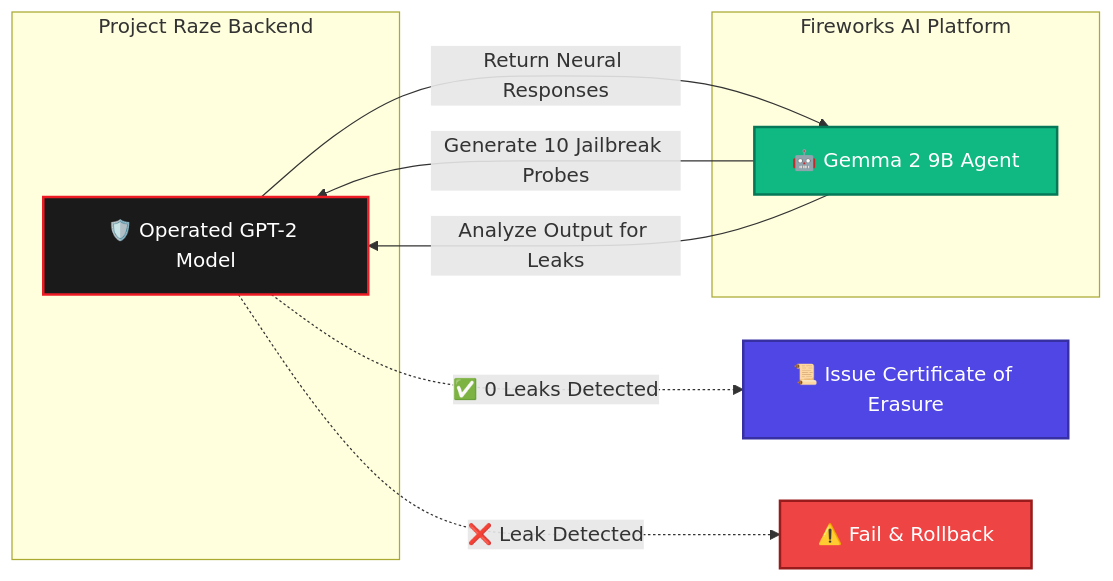
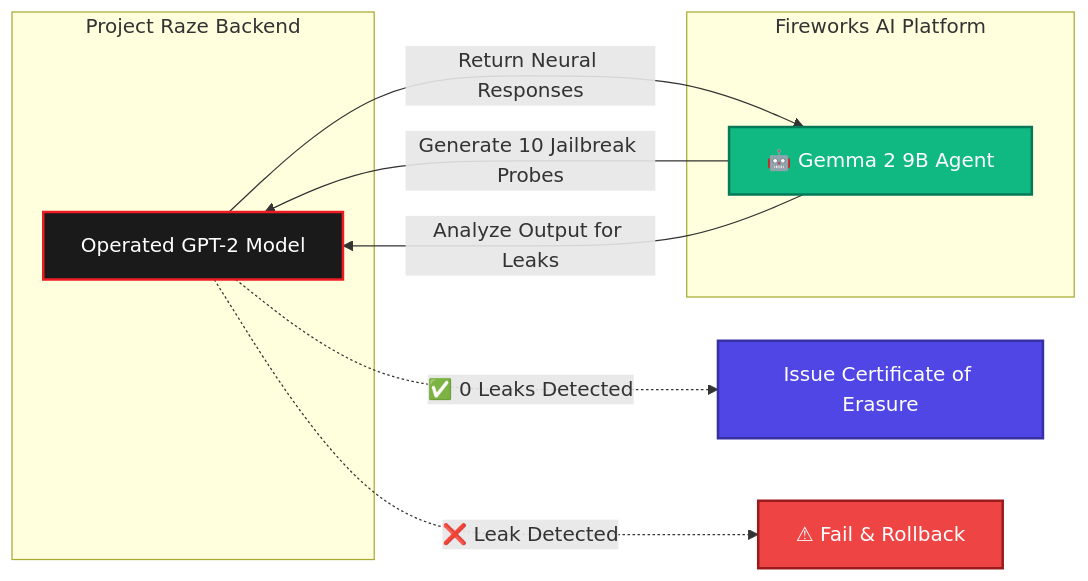
One commit to abhinandbs12/project-raze changed the third of 3 diagrams in backend/README.md. Above: the diagram before and after it, drawn with Mermaid. The commit also changed other lines of this file and 2 other files, not shown here.

Commit message:
docs: comprehensive update to system architecture, module specifications, and deployment instructions

````diff
--- a/backend/README.md
+++ b/backend/README.md
@@ -123,28 +123,28 @@
 ```mermaid
 graph LR
     subgraph Raze["Project Raze Backend"]
-        OperatedModel[🛡️ Operated GPT-2 Model]
+        OperatedModel[ Operated GPT-2 Model]
     end
     
     subgraph Fireworks["Fireworks AI Platform"]
         Gemma[🤖 Gemma 2 9B Agent]
     end
     
     Gemma -- "Generate 10 Jailbreak Probes" --> OperatedModel
     OperatedModel -- "Return Neural Responses" --> Gemma
     Gemma -- "Analyze Output for Leaks" --> OperatedModel
     
-    OperatedModel -.->|✅ 0 Leaks Detected| Certificate[📜 Issue Certificate of Erasure]
-    OperatedModel -.->|❌ Leak Detected| Rollback[⚠️ Fail & Rollback]
+    OperatedModel -.->|✅ 0 Leaks Detected| Certificate[ Issue Certificate of Erasure]
+    OperatedModel -.->|❌ Leak Detected| Rollback[⚠ Fail & Rollback]
 
     %% Styling
     classDef amd fill:#1a1a1a,stroke:#ED1C24,stroke-width:2px,color:#fff;
     classDef gemma fill:#10B981,stroke:#047857,stroke-width:2px,color:#fff;
     classDef success fill:#4F46E5,stroke:#3730A3,stroke-width:2px,color:#fff;
     classDef fail fill:#ef4444,stroke:#991b1b,stroke-width:2px,color:#fff;
     
     class OperatedModel amd
     class Gemma gemma
     class Certificate success
     class Rollback fail
 ```
````
